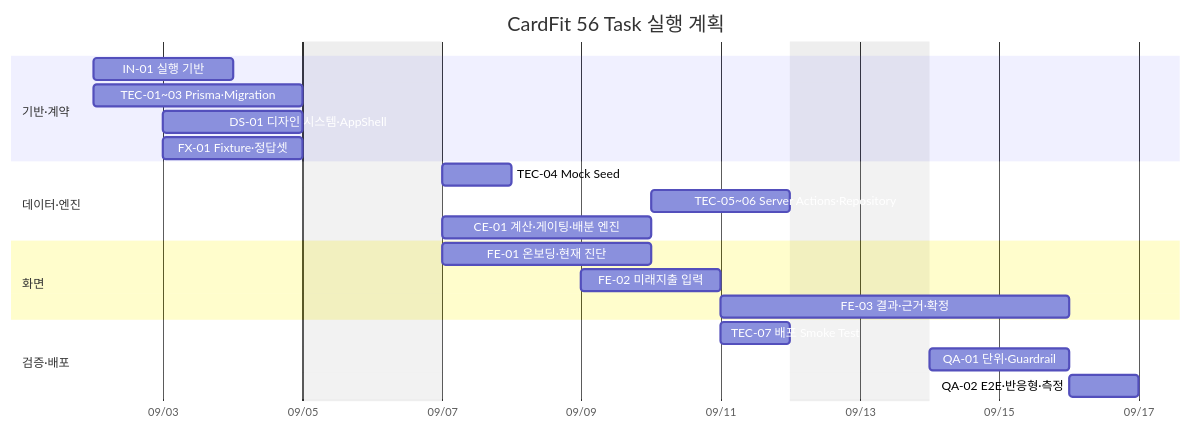
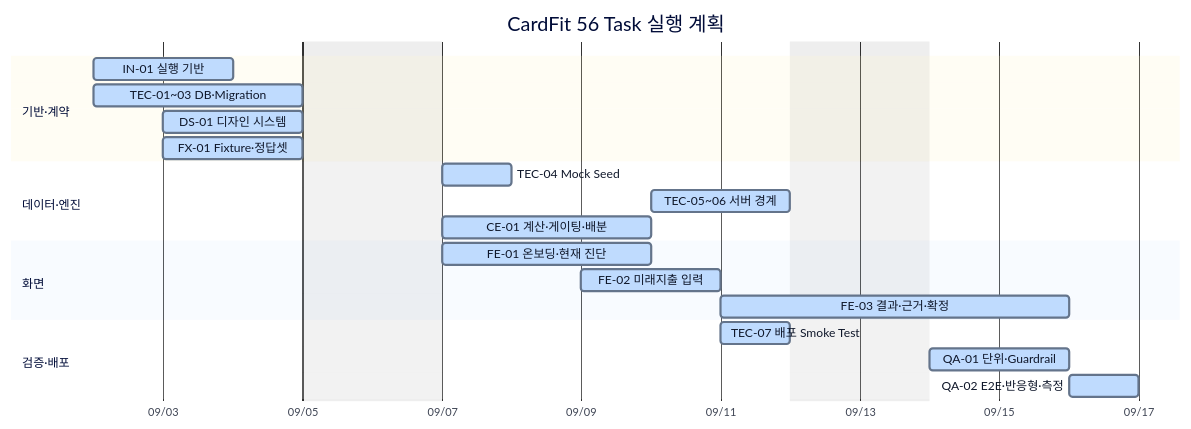
Before and after one commit to maybeaj/cardfit: the second of 2 diagrams in docs/tasks/DEPENDENCY_GANTT.md, drawn with Mermaid. The commit also changed other lines of this file, not shown here.

Commit message:
docs: clarify task gantt coverage and styling

````diff
--- a/docs/tasks/DEPENDENCY_GANTT.md
+++ b/docs/tasks/DEPENDENCY_GANTT.md
@@ -78,28 +82,29 @@
 ```mermaid
+%%{init: {"theme":"base", "themeVariables": {"primaryColor":"#dbeafe", "primaryTextColor":"#0f172a", "primaryBorderColor":"#64748b", "secondaryColor":"#dcfce7", "tertiaryColor":"#fef3c7", "taskBkgColor":"#bfdbfe", "taskTextColor":"#0f172a", "taskTextOutsideColor":"#0f172a"}}}%%
 gantt
     title CardFit 56 Task 실행 계획
     dateFormat  YYYY-MM-DD
     axisFormat  %m/%d
     excludes weekends
 
     section 기반·계약
-    IN-01 실행 기반                 :in, 2026-09-02, 2d
-    TEC-01~03 Prisma·Migration      :tec1, 2026-09-02, 3d
-    DS-01 디자인 시스템·AppShell     :ds, 2026-09-03, 2d
-    FX-01 Fixture·정답셋             :fx, 2026-09-03, 2d
+    IN-01 실행 기반                  :in, 2026-09-02, 2d
+    TEC-01~03 DB·Migration            :tec1, 2026-09-02, 3d
+    DS-01 디자인 시스템               :ds, 2026-09-03, 2d
+    FX-01 Fixture·정답셋              :fx, 2026-09-03, 2d
 
     section 데이터·엔진
     TEC-04 Mock Seed                 :tec4, 2026-09-07, 1d
-    TEC-05~06 Server Actions·Repository :tec56, 2026-09-10, 2d
-    CE-01 계산·게이팅·배분 엔진       :ce, 2026-09-07, 3d
+    TEC-05~06 서버 경계               :tec56, 2026-09-10, 2d
+    CE-01 계산·게이팅·배분             :ce, 2026-09-07, 3d
 
     section 화면
-    FE-01 온보딩·현재 진단            :fe1, 2026-09-07, 3d
-    FE-02 미래지출 입력               :fe2, 2026-09-09, 2d
-    FE-03 결과·근거·확정              :fe3, 2026-09-11, 3d
+    FE-01 온보딩·현재 진단             :fe1, 2026-09-07, 3d
+    FE-02 미래지출 입력                :fe2, 2026-09-09, 2d
+    FE-03 결과·근거·확정               :fe3, 2026-09-11, 3d
 
     section 검증·배포
     TEC-07 배포 Smoke Test            :tec7, 2026-09-11, 1d
-    QA-01 단위·Guardrail              :qa1, 2026-09-14, 2d
-    QA-02 E2E·반응형·측정              :qa2, 2026-09-16, 1d
+    QA-01 단위·Guardrail               :qa1, 2026-09-14, 2d
+    QA-02 E2E·반응형·측정               :qa2, 2026-09-16, 1d
 ```
````
